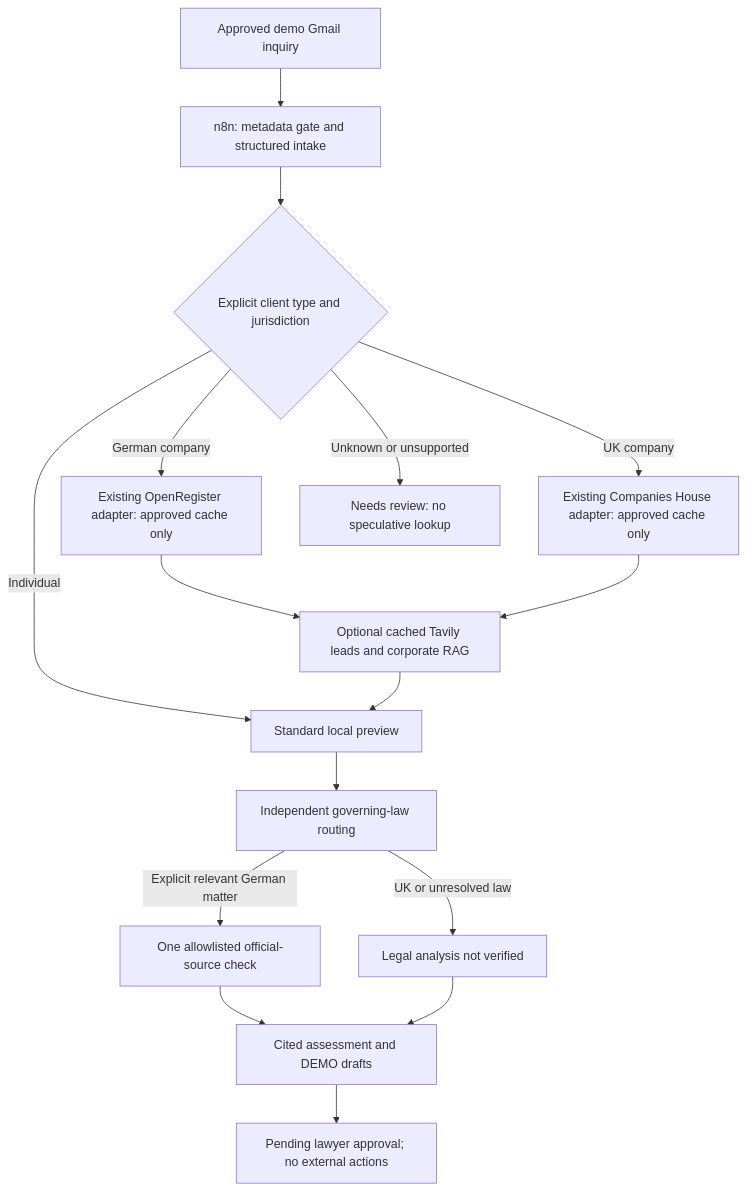
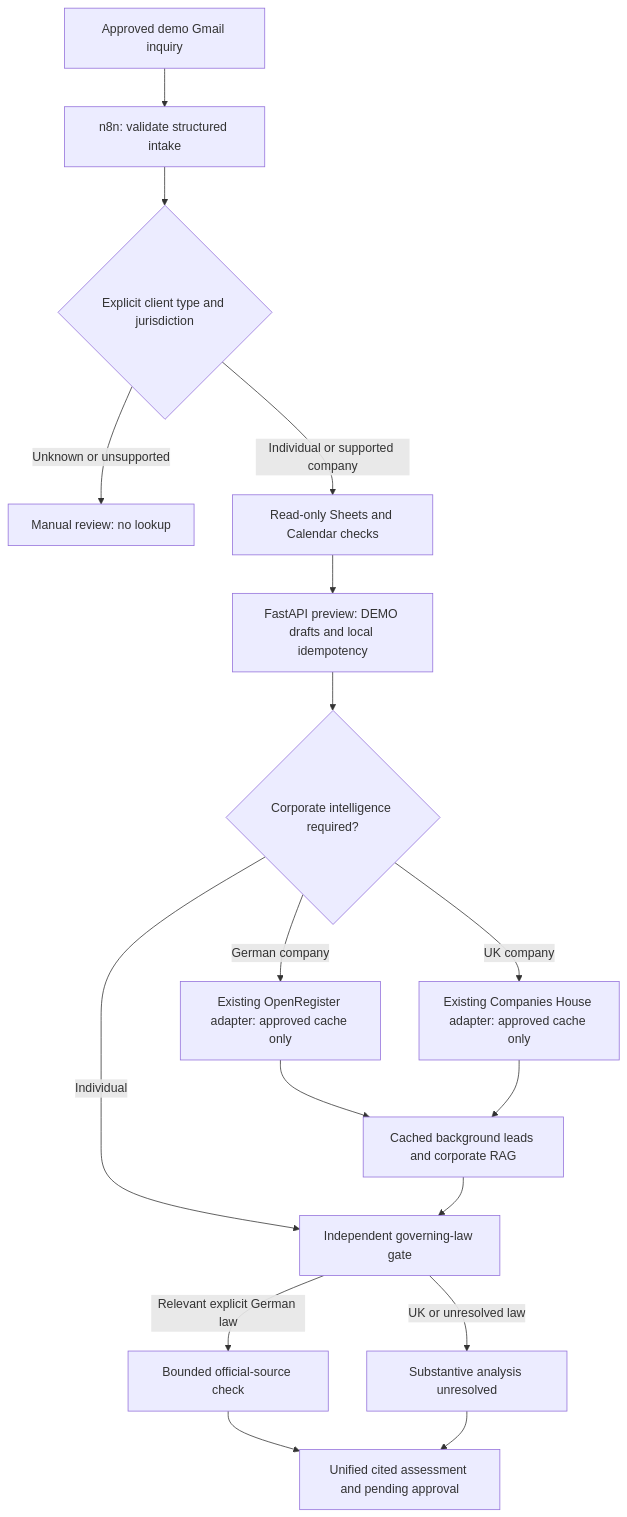
Before and after one commit to sean173-lang/INCEPT: the diagram in README.md, drawn with Mermaid. The commit also changed other lines of this file and 3 other files, not shown here.

Commit message:
docs: present INCEPT legal onboarding and corporate intelligence

````diff
--- a/README.md
+++ b/README.md
@@ -27,18 +35,19 @@
 ```mermaid
 flowchart TD
-  A[Approved demo Gmail inquiry] --> B[n8n: metadata gate and structured intake]
-  B --> C{Explicit client type and jurisdiction}
-  C -->|Individual| D[Standard local preview]
-  C -->|German company| E[Existing OpenRegister adapter: approved cache only]
-  C -->|UK company| F[Existing Companies House adapter: approved cache only]
-  C -->|Unknown or unsupported| R[Needs review: no speculative lookup]
-  E --> G[Optional cached Tavily leads and corporate RAG]
-  F --> G
-  G --> D
-  D --> H[Independent governing-law routing]
-  H -->|Explicit relevant German matter| I[One allowlisted official-source check]
-  H -->|UK or unresolved law| J[Legal analysis not verified]
-  I --> K[Cited assessment and DEMO drafts]
-  J --> K
-  K --> L[Pending lawyer approval; no external actions]
+ A[Approved demo Gmail inquiry] --> B[n8n: validate structured intake]
+ B --> C{Explicit client type and jurisdiction}
+ C -->|Unknown or unsupported| R[Manual review: no lookup]
+ C -->|Individual or supported company| D[Read-only Sheets and Calendar checks]
+ D --> E[FastAPI preview: DEMO drafts and local idempotency]
+ E --> F{Corporate intelligence required?}
+ F -->|Individual| J[Independent governing-law gate]
+ F -->|German company| G[Existing OpenRegister adapter: approved cache only]
+ F -->|UK company| H[Existing Companies House adapter: approved cache only]
+ G --> I[Cached background leads and corporate RAG]
+ H --> I
+ I --> J
+ J -->|Relevant explicit German law| K[Bounded official-source check]
+ J -->|UK or unresolved law| L[Substantive analysis unresolved]
+ K --> M[Unified cited assessment and pending approval]
+ L --> M
 ```
````
